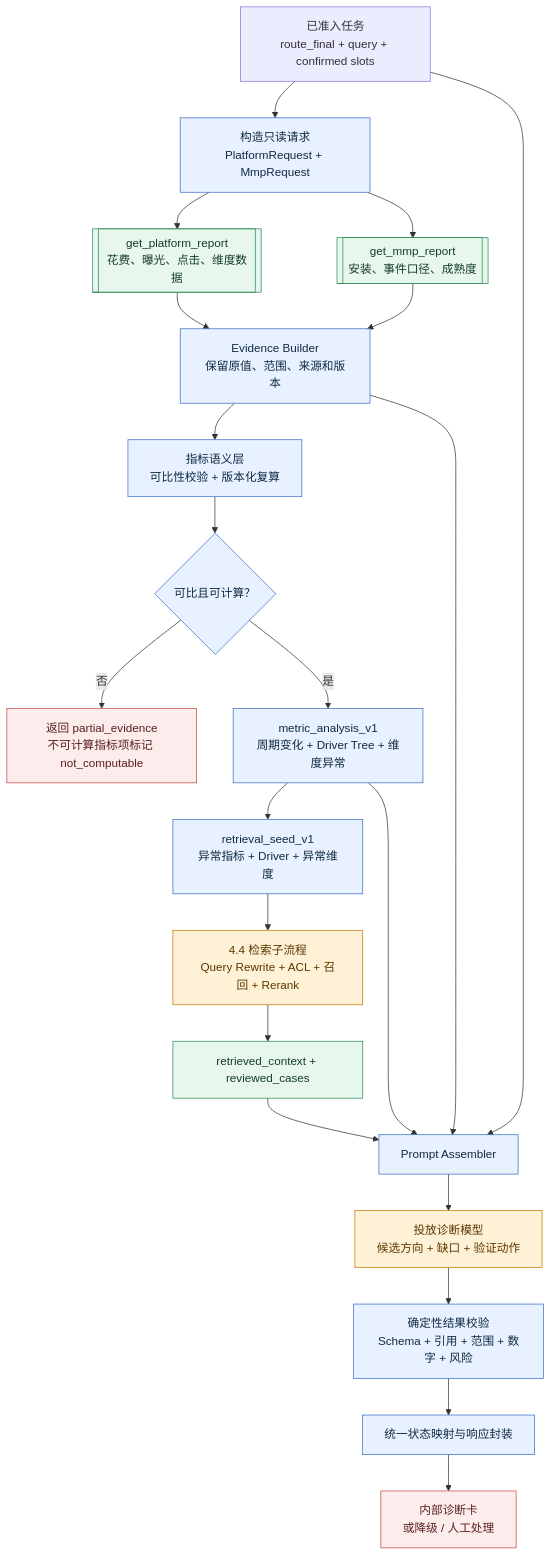
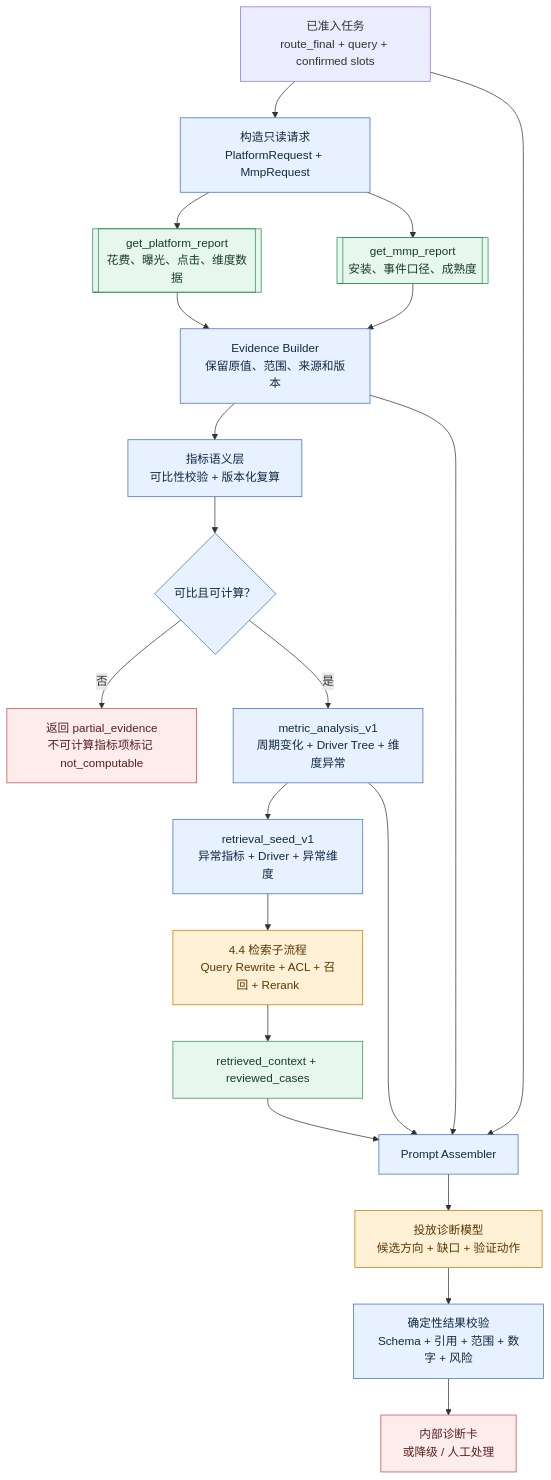
Before and after one commit to linkaka970105/ai-pm-adops-copilot: the second of 6 diagrams in 03_prd/adops_attribution_layered_prd_v5/03-implementation.md, drawn with Mermaid. The commit also changed other lines of this file and 3 other files, not shown here.

````diff
--- a/03_prd/adops_attribution_layered_prd_v5/03-implementation.md
+++ b/03_prd/adops_attribution_layered_prd_v5/03-implementation.md
@@ -394,32 +394,31 @@
 ```mermaid
 flowchart TD
   A["已准入任务<br/>route_final + query + confirmed slots"] --> B["构造只读请求<br/>PlatformRequest + MmpRequest"]
   B --> C1[["get_platform_report<br/>花费、曝光、点击、维度数据"]]
   B --> C2[["get_mmp_report<br/>安装、事件口径、成熟度"]]
   C1 --> D["Evidence Builder<br/>保留原值、范围、来源和版本"]
   C2 --> D
   D --> E["指标语义层<br/>可比性校验 + 版本化复算"]
   E --> F{"可比且可计算？"}
   F -->|否| F1["返回 partial_evidence<br/>不可计算指标项标记 not_computable"]
   F -->|是| G["metric_analysis_v1<br/>周期变化 + Driver Tree + 维度异常"]
   G --> H["retrieval_seed_v1<br/>异常指标 + Driver + 异常维度"]
   H --> I["4.4 检索子流程<br/>Query Rewrite + ACL + 召回 + Rerank"]
   I --> J["retrieved_context + reviewed_cases"]
   A --> K["Prompt Assembler"]
   D --> K
   G --> K
   J --> K
   K --> L["投放诊断模型<br/>候选方向 + 缺口 + 验证动作"]
   L --> M["确定性结果校验<br/>Schema + 引用 + 范围 + 数字 + 风险"]
-  M --> N["统一状态映射与响应封装"]
-  N --> O["内部诊断卡<br/>或降级 / 人工处理"]
+  M --> O["内部诊断卡<br/>或降级 / 人工处理"]
 
   classDef deterministic fill:#E8F1FF,stroke:#3B6FC4,color:#102A43;
   classDef model fill:#FFF1D6,stroke:#C77A00,color:#5C3700;
   classDef data fill:#E8F7EE,stroke:#2E8B57,color:#153D26;
   classDef stop fill:#FDECEC,stroke:#C44B4B,color:#5A1F1F;
-  class B,D,E,F,G,H,K,M,N deterministic;
+  class B,D,E,F,G,H,K,M deterministic;
   class I,L model;
   class C1,C2,J data;
   class F1,O stop;
 ```
````
